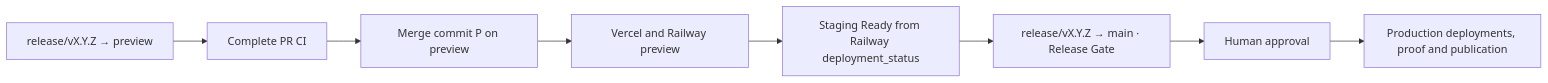
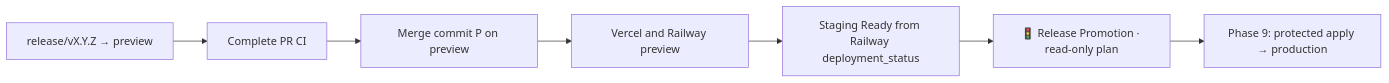
One commit to neogenz/pulpe changed the second of 2 diagrams in docs/CI.md. Above: the diagram before and after it, drawn with Mermaid. The commit also changed other lines of this file and 36 other files, not shown here.

First line of the commit message:
feat(ci): fiabilité CI et release — routage, preuves et préparation plan-only (#688)

````diff
--- a/docs/CI.md
+++ b/docs/CI.md
@@ -51,10 +107,9 @@
 ```mermaid
 flowchart LR
     PR["release/vX.Y.Z → preview"] --> CI["Complete PR CI"]
     CI --> Merge["Merge commit P on preview"]
     Merge --> Deploy["Vercel and Railway preview"]
     Deploy --> Proof["Staging Ready from Railway deployment_status"]
-    Proof --> Gate["release/vX.Y.Z → main · Release Gate"]
-    Gate --> Human["Human approval"]
-    Human --> Production["Production deployments, proof and publication"]
+    Proof --> Plan["🚦 Release Promotion · read-only plan"]
+    Plan --> Apply["Phase 9: protected apply → production"]
 ```
````
